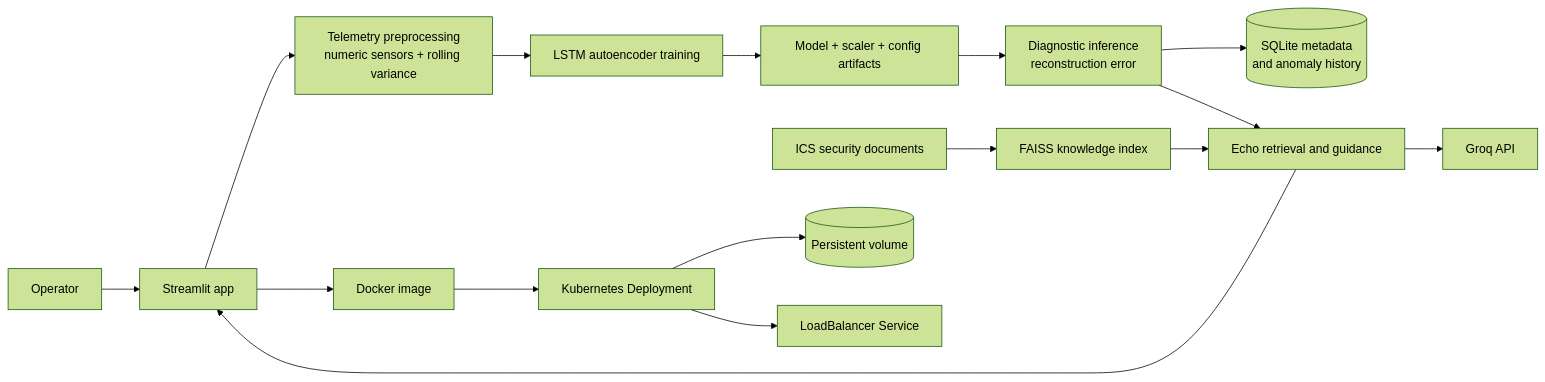
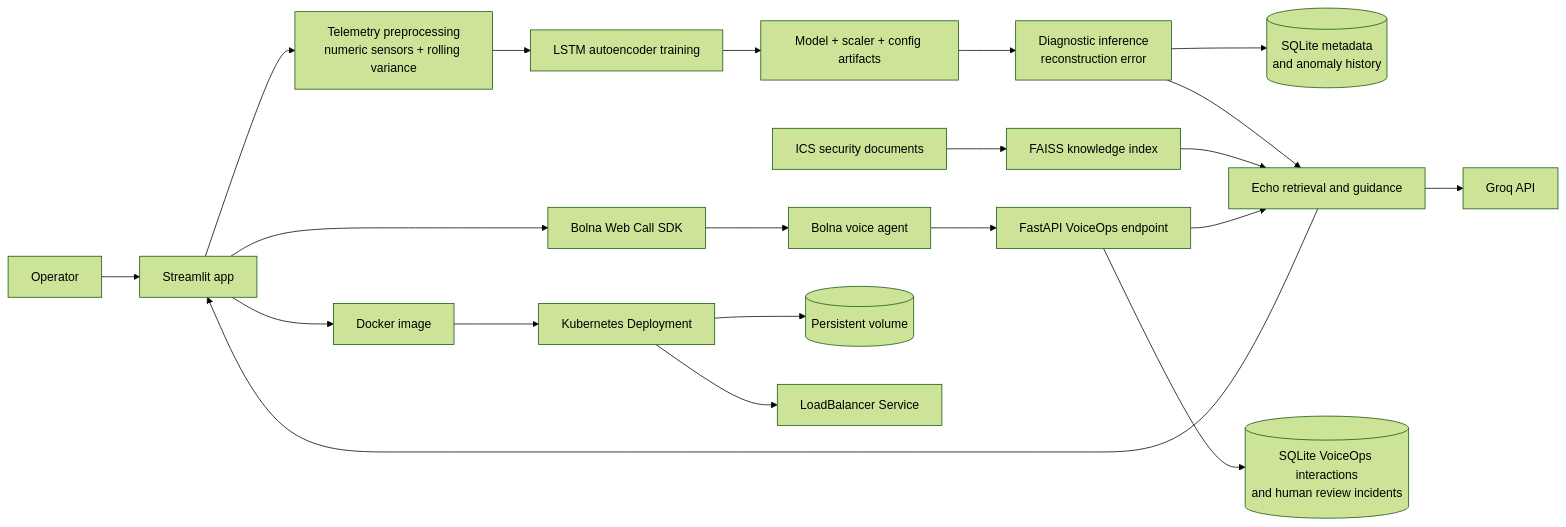
One commit to naurjhanvi/Argus_Echo changed the diagram in README.md. Above: the diagram before and after it, drawn with Mermaid (forest theme). The commit also changed other lines of this file and 31 other files, not shown here.

Commit message:
Add Argus VoiceOps and walkthrough materials

````diff
--- a/README.md
+++ b/README.md
@@ -27,18 +46,23 @@
 ```mermaid
 flowchart LR
     U[Operator] --> UI[Streamlit app]
     UI --> PRE[Telemetry preprocessing<br/>numeric sensors + rolling variance]
     PRE --> TRAIN[LSTM autoencoder training]
     TRAIN --> ART[Model + scaler + config artifacts]
     ART --> DIAG[Diagnostic inference<br/>reconstruction error]
     DIAG --> DB[(SQLite metadata<br/>and anomaly history)]
     DIAG --> RAG[Echo retrieval and guidance]
     CORPUS[ICS security documents] --> IDX[FAISS knowledge index]
     IDX --> RAG
     RAG --> LLM[Groq API]
     RAG --> UI
+    B[Bolna voice agent] --> API[FastAPI VoiceOps endpoint]
+    UI --> SDK[Bolna Web Call SDK]
+    SDK --> B
+    API --> RAG
+    API --> AUDIT[(SQLite VoiceOps interactions<br/>and human review incidents)]
     UI --> DOCKER[Docker image]
     DOCKER --> K8S[Kubernetes Deployment]
     K8S --> PVC[(Persistent volume)]
     K8S --> SVC[LoadBalancer Service]
 ```
````
